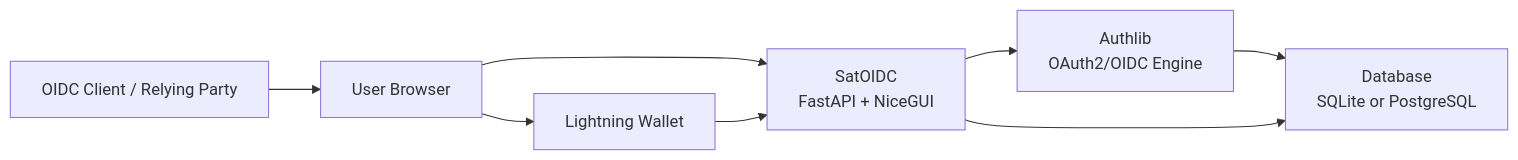
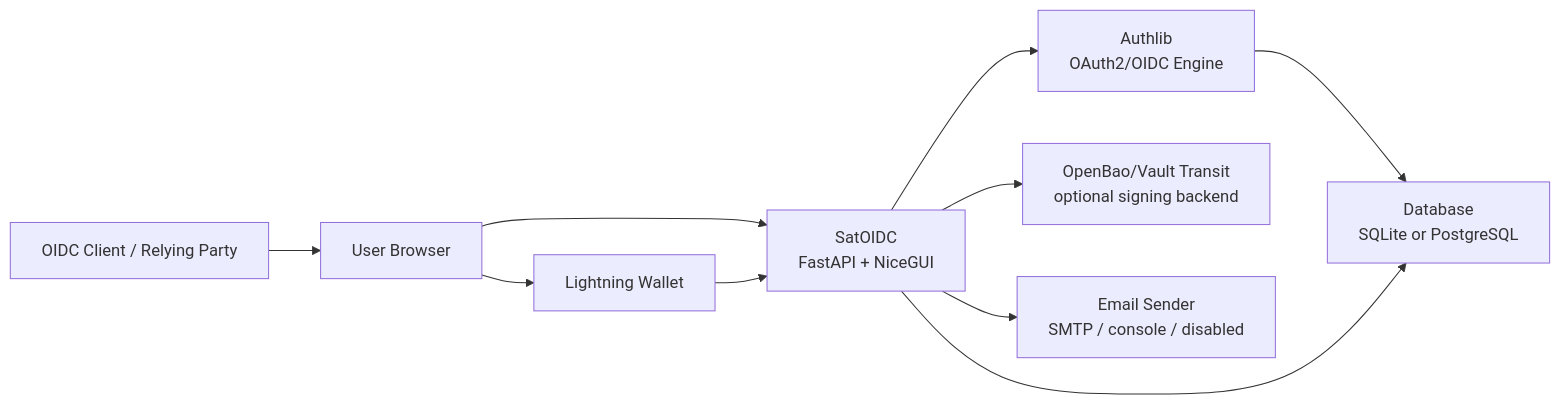
The diagram in README.md (Sats-Lottu/satoidc), drawn with Mermaid before and after one commit. The commit also changed other lines of this file and 8 other files, not shown here.

````diff
--- a/README.md
+++ b/README.md
@@ -58,17 +59,21 @@
 ```mermaid
 flowchart LR
     Client["OIDC Client / Relying Party"]
     Browser["User Browser"]
     App["SatOIDC<br/>FastAPI + NiceGUI"]
     Authlib["Authlib<br/>OAuth2/OIDC Engine"]
     DB["Database<br/>SQLite or PostgreSQL"]
+    Transit["OpenBao/Vault Transit<br/>optional signing backend"]
+    Mail["Email Sender<br/>SMTP / console / disabled"]
     Wallet["Lightning Wallet"]
 
     Client --> Browser
     Browser --> App
     App --> Authlib
     Authlib --> DB
     App --> DB
+    App --> Transit
+    App --> Mail
     Browser --> Wallet
     Wallet --> App
 ```
````
